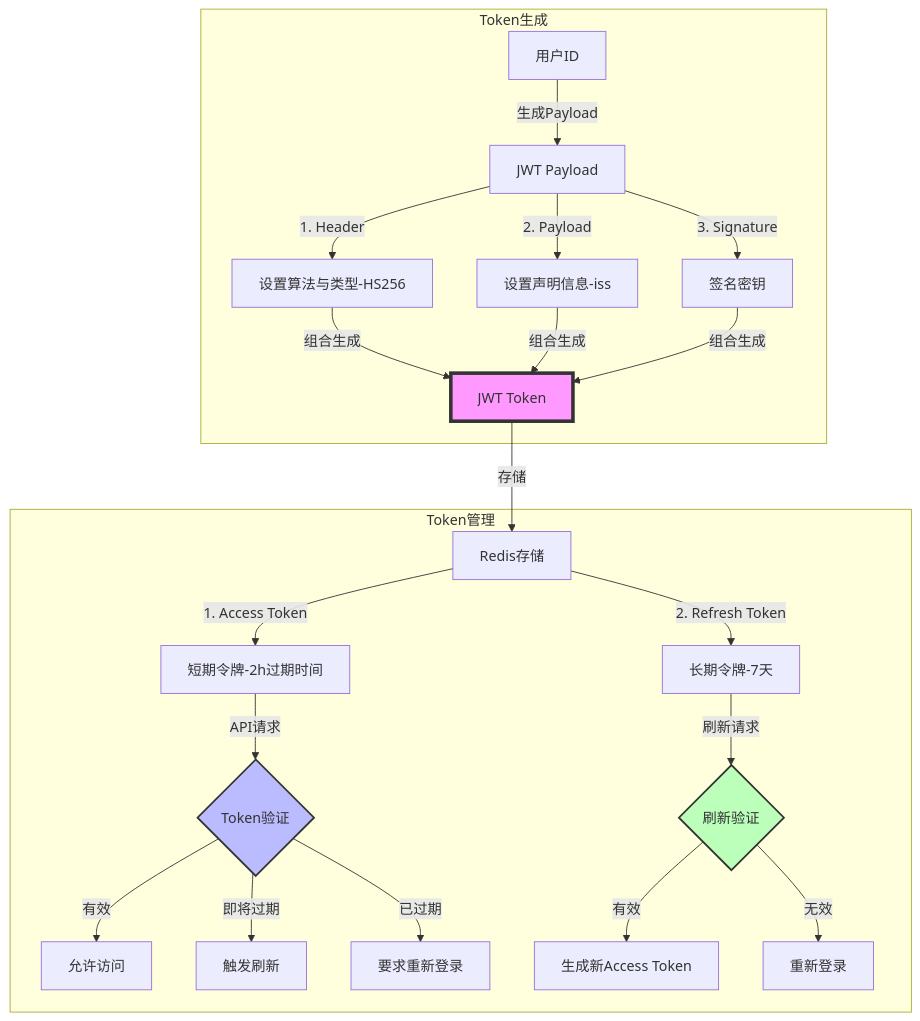
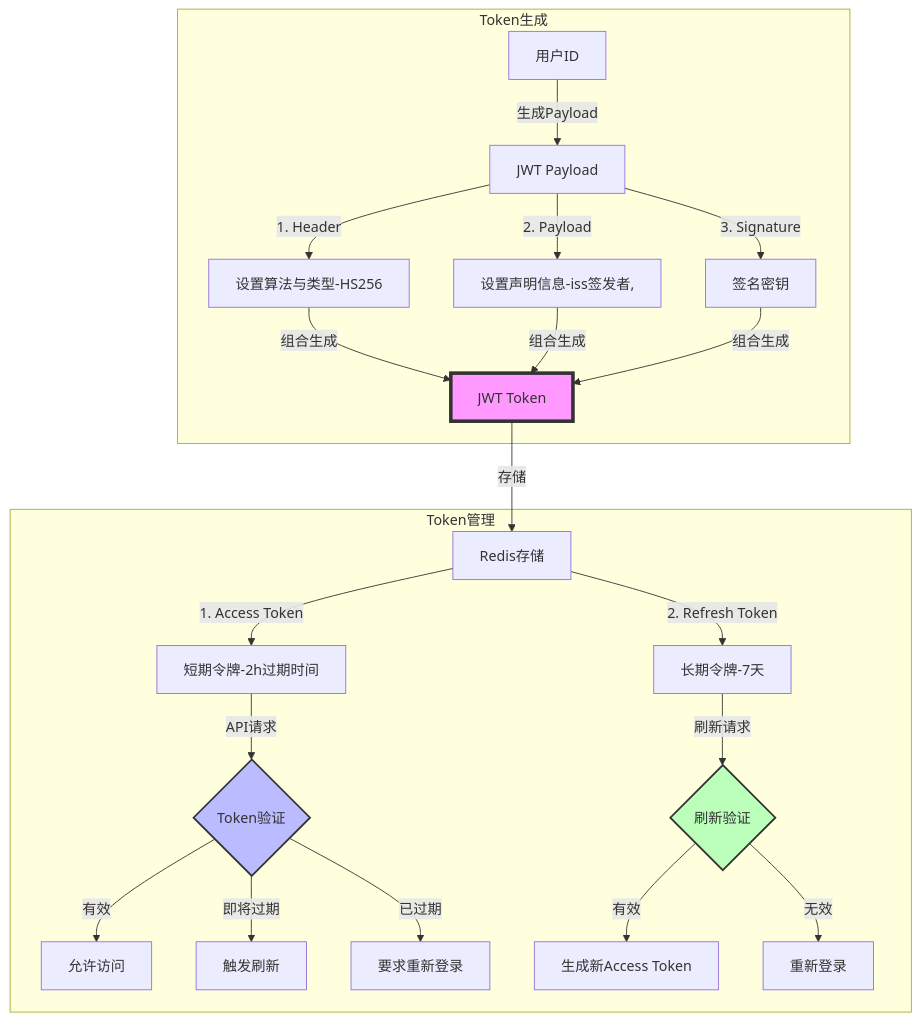
One commit to yingjianzh/iodraw-files changed the diagram in all/未命名-10.md. Above: the diagram before and after it, drawn with Mermaid.

Commit message:
2025-01-02 11:12:54 update

````diff
--- a/all/未命名-10.md
+++ b/all/未命名-10.md
@@ -1,32 +1,32 @@
 ```mermaid
 
 flowchart TD
     subgraph Token生成
         A[用户ID] -->|生成Payload| B[JWT Payload]
         B -->|1. Header| C[设置算法与类型-HS256]
-        B -->|2. Payload| D[设置声明信息-iss]
+        B -->|2. Payload| D[设置声明信息-iss签发者,]
         B -->|3. Signature| E[签名密钥]
         C & D & E -->|组合生成| F[JWT Token]
     end
 
 
     subgraph Token管理
         F -->|存储| G[Redis存储]
         G -->|1. Access Token| H[短期令牌-2h过期时间]
         G -->|2. Refresh Token| I[长期令牌-7天]
         
         H -->|API请求| J{Token验证}
         J -->|有效| K[允许访问]
         J -->|即将过期| L[触发刷新]
         J -->|已过期| M[要求重新登录]
         
         I -->|刷新请求| N{刷新验证}
         N -->|有效| O[生成新Access Token]
         N -->|无效| P[重新登录]
     end
 
     style F fill:#f9f,stroke:#333,stroke-width:4px
     style J fill:#bbf,stroke:#333,stroke-width:2px
     style N fill:#bfb,stroke:#333,stroke-width:2px
 
 ```
````
